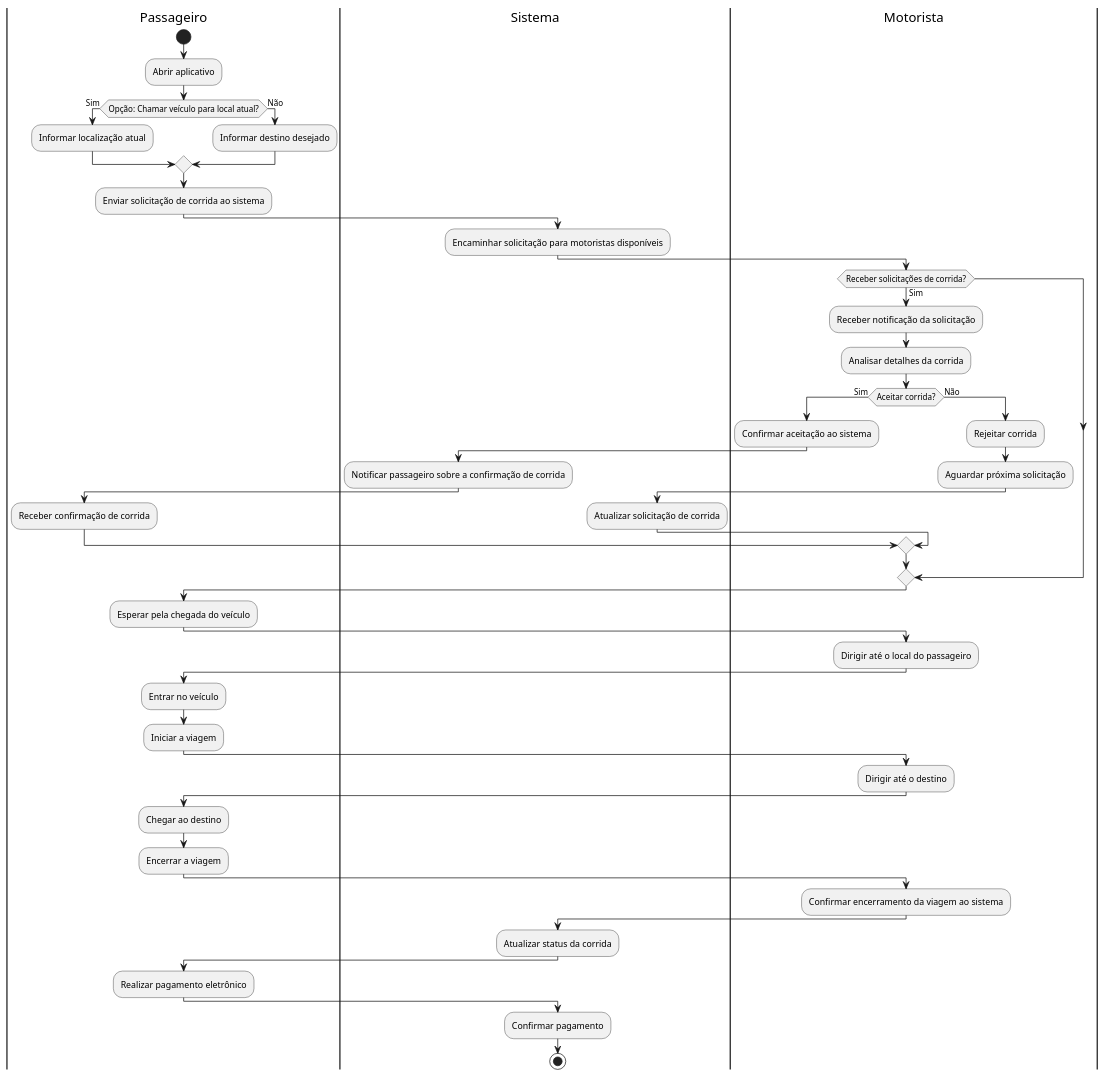
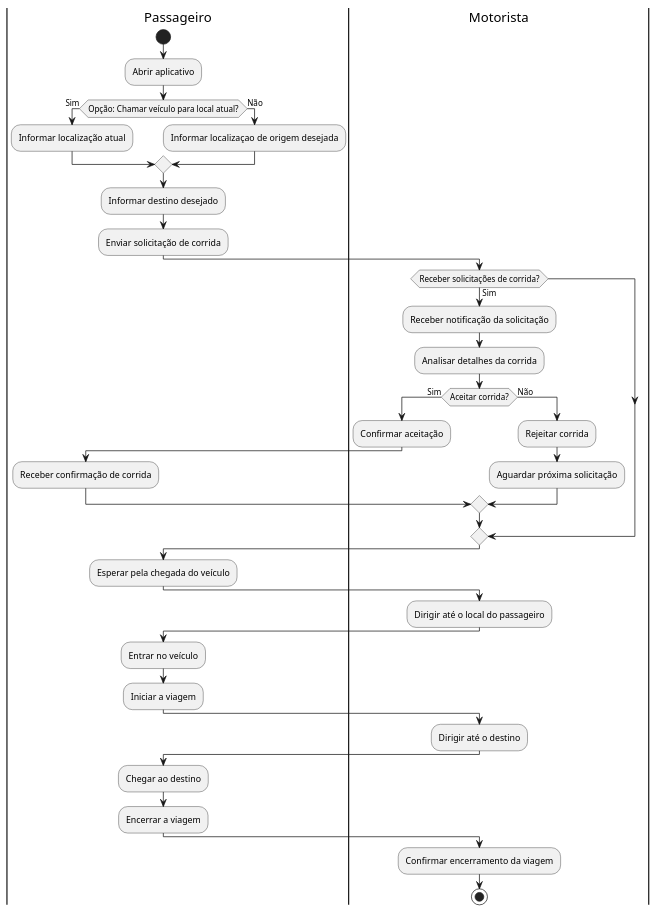
One commit to XMATHEUSX/UML changed the diagram in Sprint_2/estado.puml. Above: the diagram before and after it, drawn with PlantUML. The commit also changed 1 other file, not shown here.

```diff
--- a/Sprint_2/estado.puml
+++ b/Sprint_2/estado.puml
@@ -1,52 +1,41 @@
 @startuml
 |Passageiro|
 start
 :Abrir aplicativo;
 if (Opção: Chamar veículo para local atual?) then (Sim)
   :Informar localização atual;
 else (Não)
-  :Informar destino desejado;
+  :Informar localizaçao de origem desejada;
 endif
-:Enviar solicitação de corrida ao sistema;
-|Sistema|
-  :Encaminhar solicitação para motoristas disponíveis;
-  |Motorista|
-  if (Receber solicitações de corrida?) then (Sim)
-    :Receber notificação da solicitação;
-    :Analisar detalhes da corrida;
-    if (Aceitar corrida?) then (Sim)
-      :Confirmar aceitação ao sistema;
-      |Sistema|
-      :Notificar passageiro sobre a confirmação de corrida;
-      |Passageiro|
-      :Receber confirmação de corrida;
-    else (Não)
-      |Motorista|
-      :Rejeitar corrida;
-      :Aguardar próxima solicitação;
-      |Sistema|
-      :Atualizar solicitação de corrida;
-    endif
+:Informar destino desejado;
+:Enviar solicitação de corrida;
+|Motorista|
+if (Receber solicitações de corrida?) then (Sim)
+  :Receber notificação da solicitação;
+  :Analisar detalhes da corrida;
+  if (Aceitar corrida?) then (Sim)
+    :Confirmar aceitação;
+    |Passageiro|
+    :Receber confirmação de corrida;
+  else (Não)
+    |Motorista|
+    :Rejeitar corrida;
+    :Aguardar próxima solicitação;
   endif
+endif
 |Passageiro|
 :Esperar pela chegada do veículo;
 |Motorista|
 :Dirigir até o local do passageiro;
 |Passageiro|
 :Entrar no veículo;
 :Iniciar a viagem;
 |Motorista|
 :Dirigir até o destino;
 |Passageiro|
 :Chegar ao destino;
 :Encerrar a viagem;
 |Motorista|
-:Confirmar encerramento da viagem ao sistema;
-|Sistema|
-:Atualizar status da corrida;
-|Passageiro|
-:Realizar pagamento eletrônico;
-|Sistema|
-:Confirmar pagamento;
+:Confirmar encerramento da viagem;
 stop
 @enduml
```
